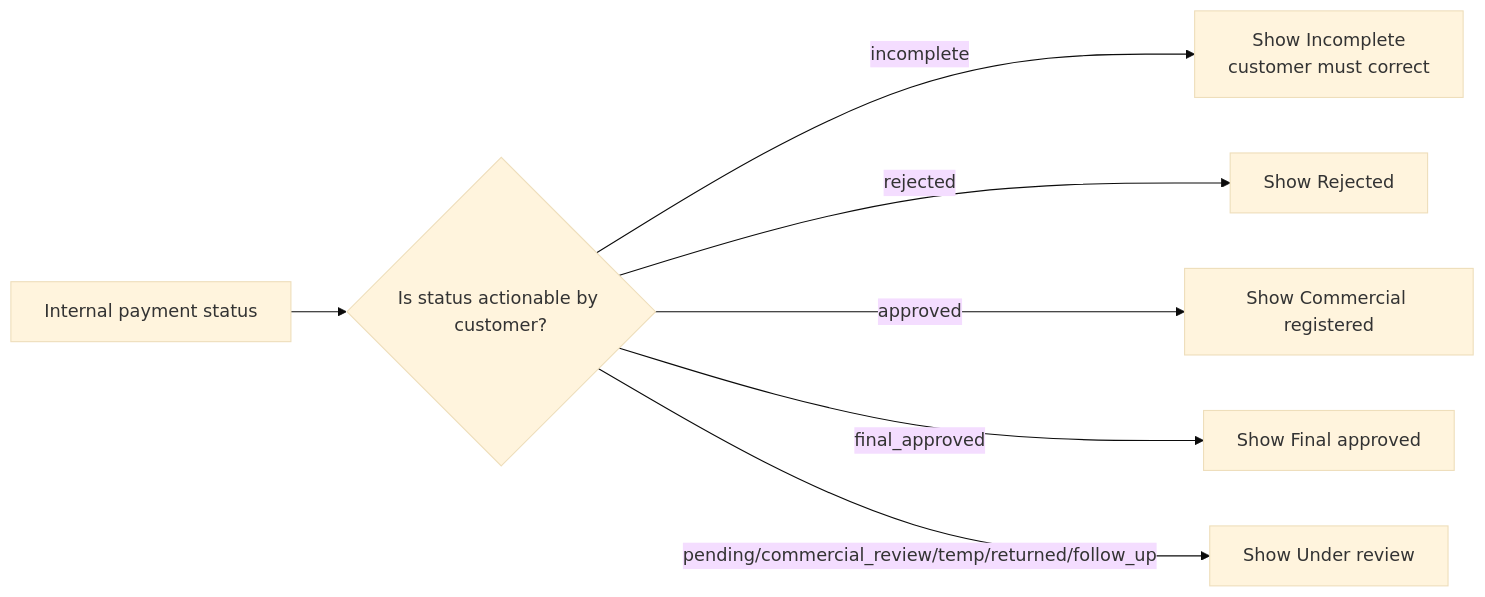
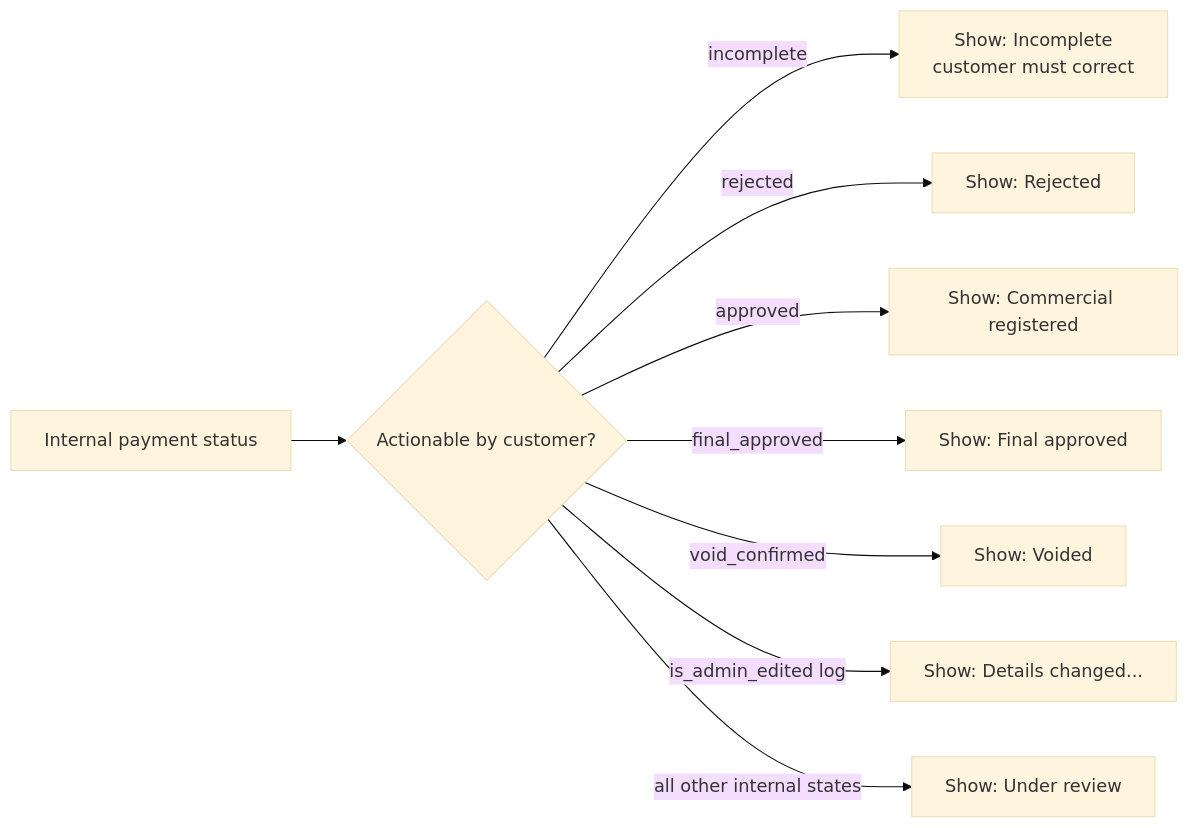
One commit to Aramousa/payment_app changed the second of 3 diagrams in core/docs/payment_receipt_workflow_flowchart.md. Above: the diagram before and after it, drawn with Mermaid (base theme). The commit also changed other lines of this file and 5 other files, not shown here.

````diff
--- a/core/docs/payment_receipt_workflow_flowchart.md
+++ b/core/docs/payment_receipt_workflow_flowchart.md
@@ -148,9 +185,11 @@
 ```mermaid
 flowchart LR
-    A[Internal payment status] --> B{Is status actionable by customer?}
-    B -- incomplete --> C[Show Incomplete<br/>customer must correct]
-    B -- rejected --> D[Show Rejected]
-    B -- approved --> E[Show Commercial registered]
-    B -- final_approved --> F[Show Final approved]
-    B -- pending/commercial_review/temp/returned/follow_up --> G[Show Under review]
+    A[Internal payment status] --> B{Actionable by customer?}
+    B -- incomplete --> C[Show: Incomplete<br/>customer must correct]
+    B -- rejected --> D[Show: Rejected]
+    B -- approved --> E[Show: Commercial registered]
+    B -- final_approved --> F[Show: Final approved]
+    B -- void_confirmed --> G[Show: Voided]
+    B -- is_admin_edited log --> H[Show: Details changed...]
+    B -- all other internal states --> I[Show: Under review]
 ```
````
